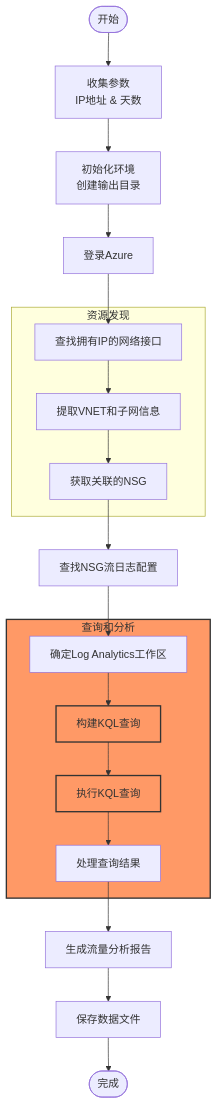
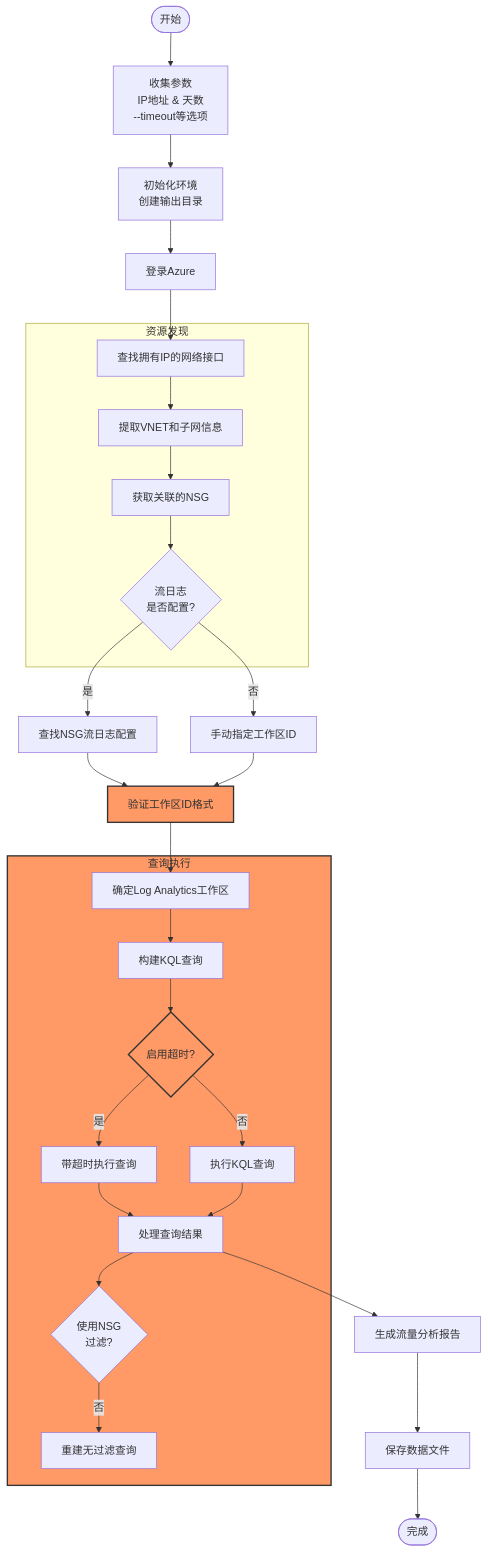
One commit to nfline/pythonProject changed the diagram in Azure/queryreport/mermaid.md. Above: the diagram before and after it, drawn with Mermaid. The commit also changed 10 other files, not shown here.

`````diff
--- a/Azure/queryreport/mermaid.md
+++ b/Azure/queryreport/mermaid.md
@@ -1,28 +1,40 @@
 ````mermaid
 flowchart TD
-    start([开始]) --> param[收集参数\nIP地址 & 天数]
+    start([开始]) --> param[收集参数\nIP地址 & 天数\n--timeout等选项]
     param --> init[初始化环境\n创建输出目录]
     init --> login[登录Azure]
     login --> findNICs[查找拥有IP的网络接口]
     
     subgraph ResourceDiscovery[资源发现]
         findNICs --> extractVNET[提取VNET和子网信息]
         extractVNET --> getNSGs[获取关联的NSG]
+        getNSGs --> checkFlowLogs{流日志\n是否配置?}
     end
     
-    getNSGs --> findFlowLogs[查找NSG流日志配置]
-    findFlowLogs --> identifyWorkspaces[确定Log Analytics工作区]
+    checkFlowLogs -- 是 --> findFlowLogs[查找NSG流日志配置]
+    checkFlowLogs -- 否 --> manualWorkspace[手动指定工作区ID]
     
-    subgraph LogAnalytics[查询和分析]
+    findFlowLogs --> validateWorkspaceID[验证工作区ID格式]
+    manualWorkspace --> validateWorkspaceID
+    
+    validateWorkspaceID --> identifyWorkspaces[确定Log Analytics工作区]
+    
+    subgraph QueryExecution[查询执行]
         identifyWorkspaces --> buildKQL[构建KQL查询]
-        buildKQL --> executeKQL[执行KQL查询]
+        buildKQL --> timeoutCheck{启用超时?}
+        timeoutCheck -- 是 --> executeWithTimeout[带超时执行查询]
+        timeoutCheck -- 否 --> executeKQL[执行KQL查询]
+        executeWithTimeout --> processResults
         executeKQL --> processResults[处理查询结果]
+        
+        processResults --> checkNSGFilter{使用NSG\n过滤?}
+        checkNSGFilter -- 否 --> rebuildQuery[重建无过滤查询]
     end
     
     processResults --> generateReport[生成流量分析报告]
     generateReport --> saveOutput[保存数据文件]
     saveOutput --> finish([完成])
     
     classDef highlight fill:#f96,stroke:#333,stroke-width:2px;
-    class LogAnalytics,buildKQL,executeKQL highlight;
+    class QueryExecution,validateWorkspaceID,timeoutCheck highlight;
 ````
`````
